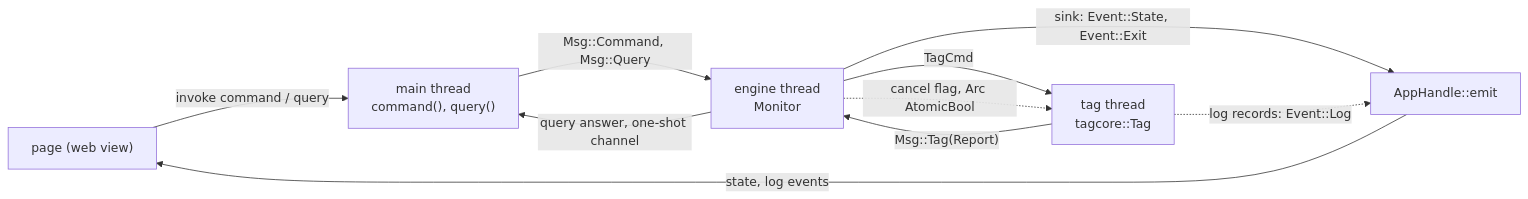
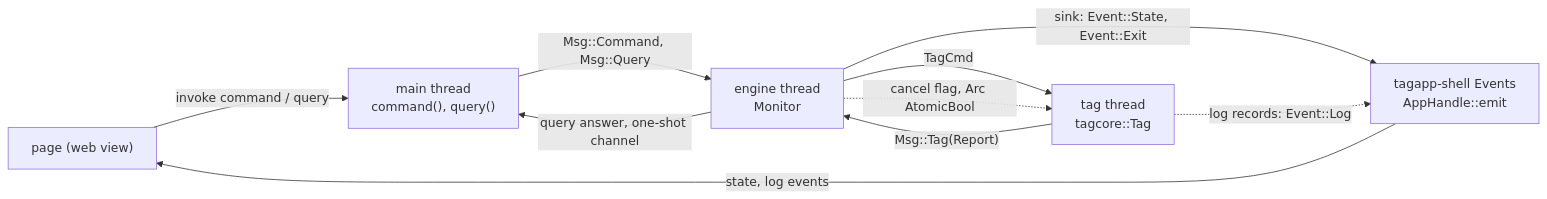
One commit to tag-designs/software changed the first of 2 diagrams in host/design/tutorial/11-engine-and-model.md. Above: the diagram before and after it, drawn with Mermaid. The commit also changed other lines of this file and 56 other files, not shown here.

````diff
--- a/host/design/tutorial/11-engine-and-model.md
+++ b/host/design/tutorial/11-engine-and-model.md
@@ -125,12 +125,12 @@
 ```mermaid
 flowchart LR
     page["page (web view)"] -- "invoke command / query" --> shell["main thread<br/>command(), query()"]
     shell -- "Msg::Command, Msg::Query" --> engine["engine thread<br/>Monitor"]
     engine -- "TagCmd" --> tag["tag thread<br/>tagcore::Tag"]
     tag -- "Msg::Tag(Report)" --> engine
     engine -- "query answer, one-shot channel" --> shell
-    engine -- "sink: Event::State, Event::Exit" --> emit["AppHandle::emit"]
+    engine -- "sink: Event::State, Event::Exit" --> emit["tagapp-shell Events<br/>AppHandle::emit"]
     tag -. "log records: Event::Log" .-> emit
     emit -- "state, log events" --> page
     engine -. "cancel flag, Arc AtomicBool" .-> tag
 ```
````
